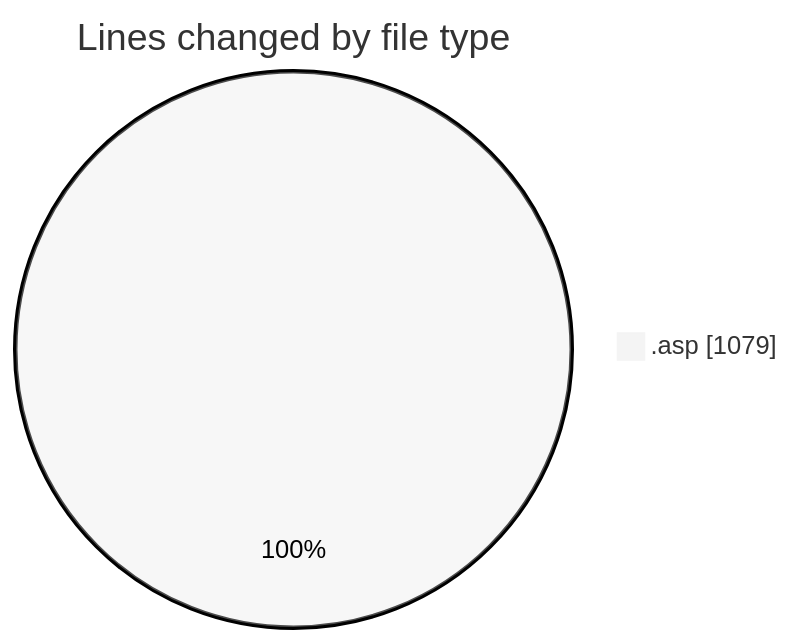
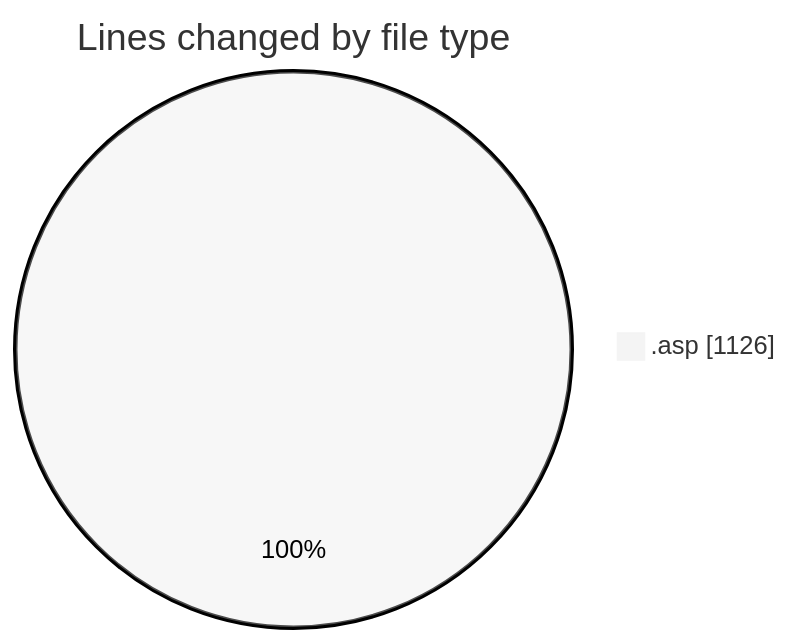
The first of 2 diagrams in 2025-10-28/usr_aleoudev_fr__workspace_/README.md (julien-gomy/code-tracking), drawn with Mermaid (neutral theme) before and after one commit. The commit also changed other lines of this file and 1 other file, not shown here.

````diff
--- a/2025-10-28/usr_aleoudev_fr__workspace_/README.md
+++ b/2025-10-28/usr_aleoudev_fr__workspace_/README.md
@@ -25,5 +25,5 @@
 ```mermaid
 pie showData
 title Lines changed by file type
-".asp" : 1079
+".asp" : 1126
 ```
````
